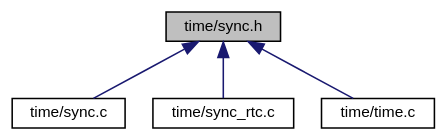
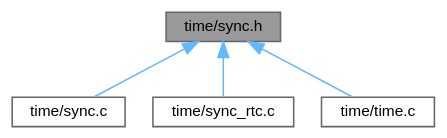
The diagram in sync_8h__dep__incl.dot (ebs-universe/piolib-time), drawn with Graphviz before and after one commit. The commit also changed 516 other files, not shown here.

```diff
--- a/sync_8h__dep__incl.dot
+++ b/sync_8h__dep__incl.dot
@@ -1,15 +1,15 @@
 digraph "time/sync.h"
 {
  // INTERACTIVE_SVG=YES
  // LATEX_PDF_SIZE
   bgcolor="transparent";
-  edge [fontname="Helvetica",fontsize="10",labelfontname="Helvetica",labelfontsize="10"];
-  node [fontname="Helvetica",fontsize="10",shape=record];
-  Node1 [label="time/sync.h",height=0.2,width=0.4,color="black", fillcolor="grey75", style="filled", fontcolor="black",tooltip="Time synchonization functions for embebedded systems."];
-  Node1 -> Node2 [dir="back",color="midnightblue",fontsize="10",style="solid",fontname="Helvetica"];
-  Node2 [label="time/sync.c",height=0.2,width=0.4,color="black",URL="$sync_8c.html",tooltip="Time synchonization function implementation."];
-  Node1 -> Node3 [dir="back",color="midnightblue",fontsize="10",style="solid",fontname="Helvetica"];
-  Node3 [label="time/sync_rtc.c",height=0.2,width=0.4,color="black",URL="$sync__rtc_8c_source.html",tooltip=" "];
-  Node1 -> Node4 [dir="back",color="midnightblue",fontsize="10",style="solid",fontname="Helvetica"];
-  Node4 [label="time/time.c",height=0.2,width=0.4,color="black",URL="$time_8c.html",tooltip="Time related function implementations."];
+  edge [fontname=Helvetica,fontsize=10,labelfontname=Helvetica,labelfontsize=10];
+  node [fontname=Helvetica,fontsize=10,shape=box,height=0.2,width=0.4];
+  Node1 [id="Node000001",label="time/sync.h",height=0.2,width=0.4,color="gray40", fillcolor="grey60", style="filled", fontcolor="black",tooltip="Time synchonization functions for embebedded systems."];
+  Node1 -> Node2 [id="edge1_Node000001_Node000002",dir="back",color="steelblue1",style="solid",tooltip=" "];
+  Node2 [id="Node000002",label="time/sync.c",height=0.2,width=0.4,color="grey40", fillcolor="white", style="filled",URL="$sync_8c.html",tooltip="Time synchonization function implementation."];
+  Node1 -> Node3 [id="edge2_Node000001_Node000003",dir="back",color="steelblue1",style="solid",tooltip=" "];
+  Node3 [id="Node000003",label="time/sync_rtc.c",height=0.2,width=0.4,color="grey40", fillcolor="white", style="filled",URL="$sync__rtc_8c.html",tooltip=" "];
+  Node1 -> Node4 [id="edge3_Node000001_Node000004",dir="back",color="steelblue1",style="solid",tooltip=" "];
+  Node4 [id="Node000004",label="time/time.c",height=0.2,width=0.4,color="grey40", fillcolor="white", style="filled",URL="$time_8c.html",tooltip="Time related function implementations."];
 }
```
